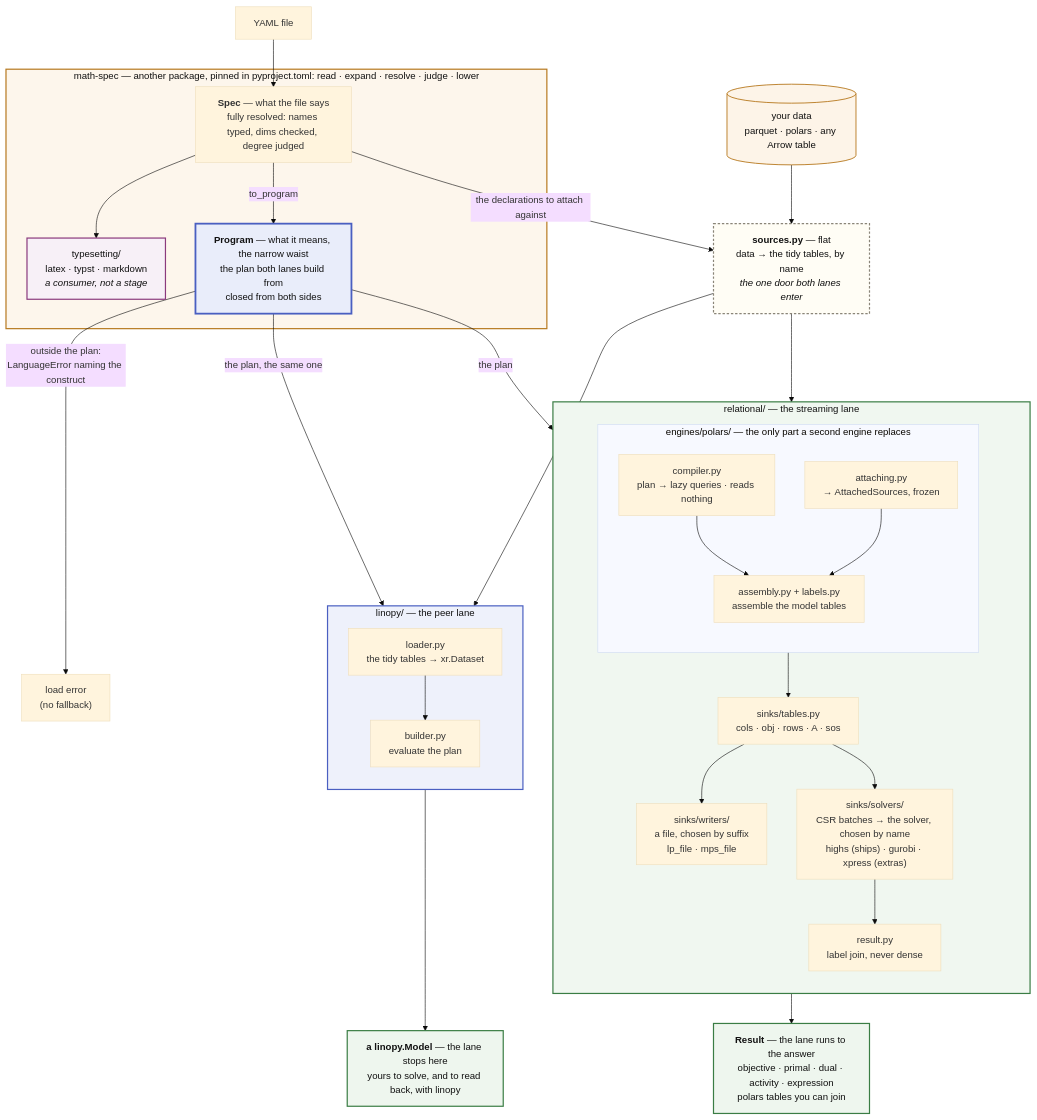
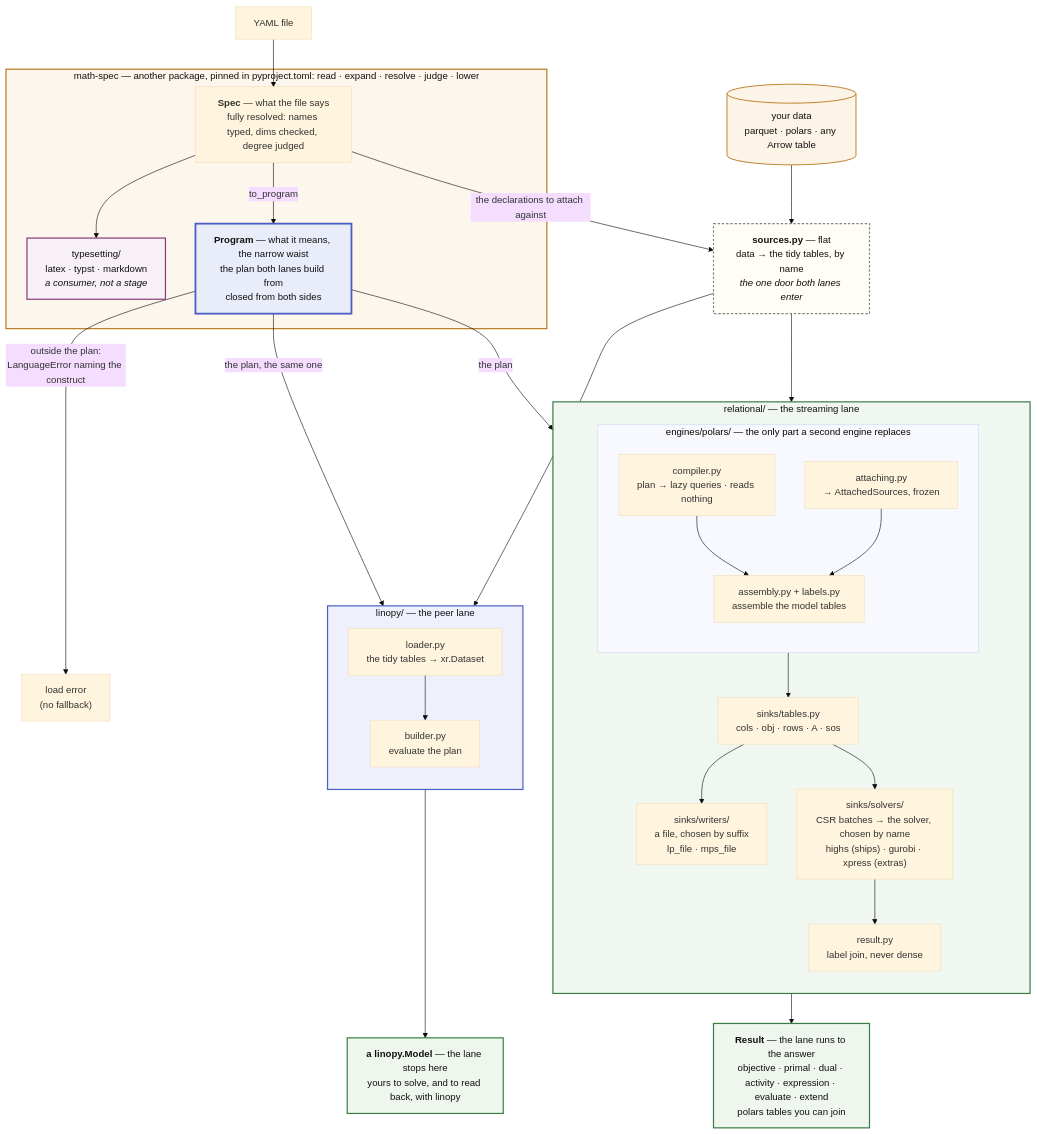
Before and after one commit to fluxopt/lpspec: the first of 2 diagrams in docs/about/architecture.md, drawn with Mermaid (base theme). The commit also changed other lines of this file and 11 other files, not shown here.

````diff
--- a/docs/about/architecture.md
+++ b/docs/about/architecture.md
@@ -60,59 +60,59 @@
 ```mermaid
 flowchart TB
     Y[YAML file] --> SPEC
     DATA[("your data<br/>parquet · polars · any Arrow table")] --> SRC
 
     subgraph MS["math-spec — another package, pinned in pyproject.toml: read · expand · resolve · judge · lower"]
         SPEC["<b>Spec</b> — what the file says<br/>fully resolved: names typed, dims checked, degree judged"]
         SPEC --> TS["typesetting/<br/>latex · typst · markdown<br/><i>a consumer, not a stage</i>"]
         SPEC -->|"to_program"| PLAN["<b>Program</b> — what it means, the narrow waist<br/>the plan both lanes build from<br/>closed from both sides"]
     end
 
     SPEC -->|"the declarations to attach against"| SRC
     SRC["<b>sources.py</b> — flat<br/>data → the tidy tables, by name<br/><i>the one door both lanes enter</i>"]
 
     PLAN -->|"outside the plan:<br/>LanguageError naming the construct"| ERR["load error<br/>(no fallback)"]
     PLAN -->|"the plan"| COMP
     SRC --> ATTACH
     PLAN -->|"the plan, the same one"| BUILD
     SRC --> LOAD
 
     subgraph REL["relational/ — the streaming lane"]
         direction TB
         subgraph ENG["engines/polars/ — the only part a second engine replaces"]
             direction TB
             COMP["compiler.py<br/>plan → lazy queries · reads nothing"] --> ENGINE
             ATTACH["attaching.py<br/>→ AttachedSources, frozen"] --> ENGINE["assembly.py + labels.py<br/>assemble the model tables"]
         end
         ENG --> TABLES["sinks/tables.py<br/>cols · obj · rows · A · sos"]
         TABLES --> LPS["sinks/writers/<br/>a file, chosen by suffix<br/>lp_file · mps_file"]
         TABLES --> DIRECT["sinks/solvers/<br/>CSR batches → the solver, chosen by name<br/>highs (ships) · gurobi · xpress (extras)"]
         DIRECT --> SOL["result.py<br/>label join, never dense"]
     end
 
-    SOL --> ANS["<b>Result</b> — the lane runs to the answer<br/>objective · primal · dual · activity · expression<br/>polars tables you can join"]
+    SOL --> ANS["<b>Result</b> — the lane runs to the answer<br/>objective · primal · dual · activity · expression · evaluate · extend<br/>polars tables you can join"]
 
     subgraph LIN["linopy/ — the peer lane"]
         direction TB
         LOAD["loader.py<br/>the tidy tables → xr.Dataset"] --> BUILD["builder.py<br/>evaluate the plan"]
     end
 
     BUILD --> MODEL["<b>a linopy.Model</b> — the lane stops here<br/>yours to solve, and to read back, with linopy"]
 
     classDef laneL fill:#fdf6ec,stroke:#b7791f,stroke-width:2px,color:#111
     classDef laneR fill:#f0f7f0,stroke:#3a7d44,stroke-width:2px,color:#111
     classDef laneE fill:#eef1fb,stroke:#4a5fc1,stroke-width:2px,color:#111
     classDef laneT fill:#f7f0f7,stroke:#8b3a7d,stroke-width:2px,color:#111
     classDef waist fill:#e9edfa,stroke:#4a5fc1,stroke-width:3px,color:#111
     classDef flat fill:#fffdf5,stroke:#8a8578,stroke-width:2px,stroke-dasharray:4 3,color:#111
     classDef data fill:#fdf4e8,stroke:#b7791f,stroke-width:1.5px,color:#111
     classDef out fill:#eef6ee,stroke:#3a7d44,stroke-width:2px,color:#111
     class MS laneL
     class REL laneR
     class LIN laneE
     class TS laneT
     class PLAN waist
     class SRC flat
     class DATA data
     class ANS,MODEL out
 ```
````
